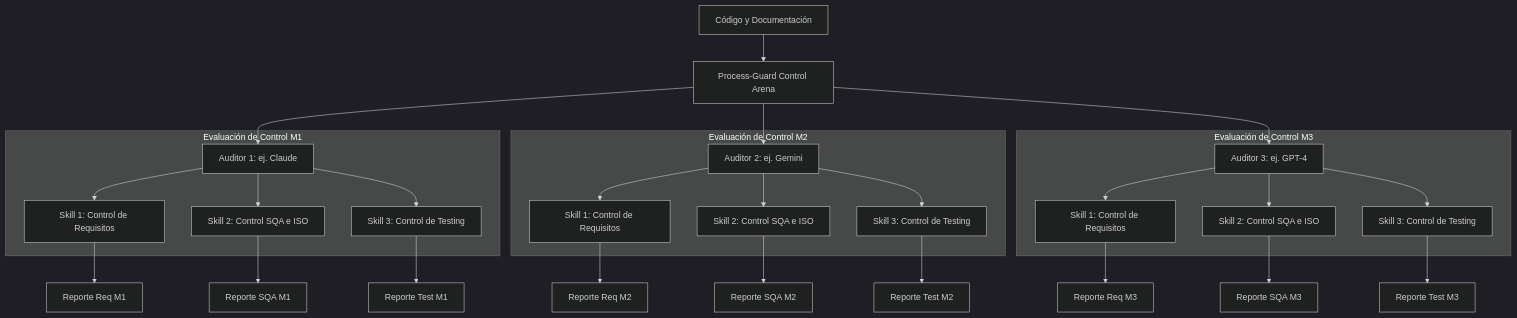
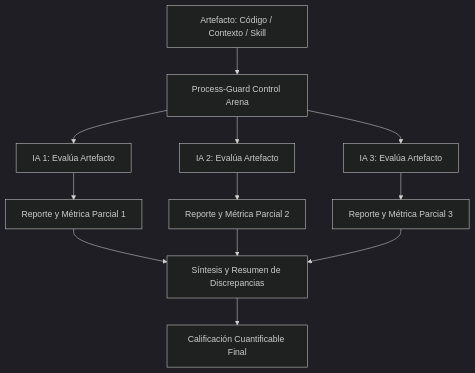
The diagram in proyect/flujo_sqa_ia.md (AXLAAF/Hakaton), drawn with Mermaid (dark theme) before and after one commit. The commit also changed other lines of this file and 1 other file, not shown here.

Commit message:
Update: Refinamiento del flujo Control Arena con métricas unificadas

````diff
--- a/proyect/flujo_sqa_ia.md
+++ b/proyect/flujo_sqa_ia.md
@@ -17,37 +25,17 @@
 ```mermaid
 graph TD
-    A[Código y Documentación] --> B[Process-Guard Control Arena]
-    B --> M1[Auditor 1: ej. Claude]
-    B --> M2[Auditor 2: ej. Gemini]
-    B --> M3[Auditor 3: ej. GPT-4]
+    A[Artefacto: Código / Contexto / Skill] --> B[Process-Guard Control Arena]
+    B --> M1[IA 1: Evalúa Artefacto]
+    B --> M2[IA 2: Evalúa Artefacto]
+    B --> M3[IA 3: Evalúa Artefacto]
     
-    subgraph Evaluación de Control M1
-        M1 --> M1_Req[Skill 1: Control de Requisitos]
-        M1 --> M1_SQA[Skill 2: Control SQA e ISO]
-        M1 --> M1_Test[Skill 3: Control de Testing]
-    end
+    M1 --> R1[Reporte y Métrica Parcial 1]
+    M2 --> R2[Reporte y Métrica Parcial 2]
+    M3 --> R3[Reporte y Métrica Parcial 3]
     
-    subgraph Evaluación de Control M2
-        M2 --> M2_Req[Skill 1: Control de Requisitos]
-        M2 --> M2_SQA[Skill 2: Control SQA e ISO]
-        M2 --> M2_Test[Skill 3: Control de Testing]
-    end
+    R1 --> S[Síntesis y Resumen de Discrepancias]
+    R2 --> S
+    R3 --> S
     
-    subgraph Evaluación de Control M3
-        M3 --> M3_Req[Skill 1: Control de Requisitos]
-        M3 --> M3_SQA[Skill 2: Control SQA e ISO]
-        M3 --> M3_Test[Skill 3: Control de Testing]
-    end
-
-    M1_Req --> R1[Reporte Req M1]
-    M1_SQA --> R2[Reporte SQA M1]
-    M1_Test --> R3[Reporte Test M1]
-    
-    M2_Req --> R4[Reporte Req M2]
-    M2_SQA --> R5[Reporte SQA M2]
-    M2_Test --> R6[Reporte Test M2]
-    
-    M3_Req --> R7[Reporte Req M3]
-    M3_SQA --> R8[Reporte SQA M3]
-    M3_Test --> R9[Reporte Test M3]
+    S --> F[Calificación Cuantificable Final]
 ```
````
